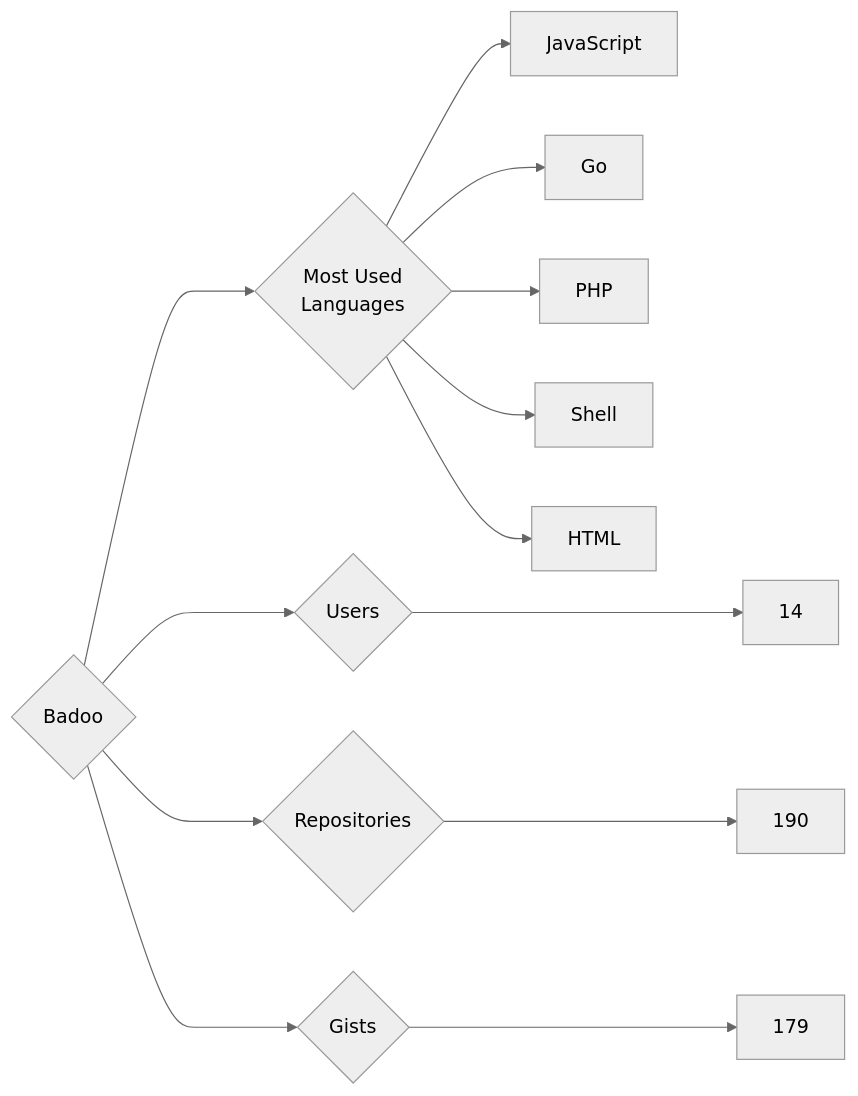
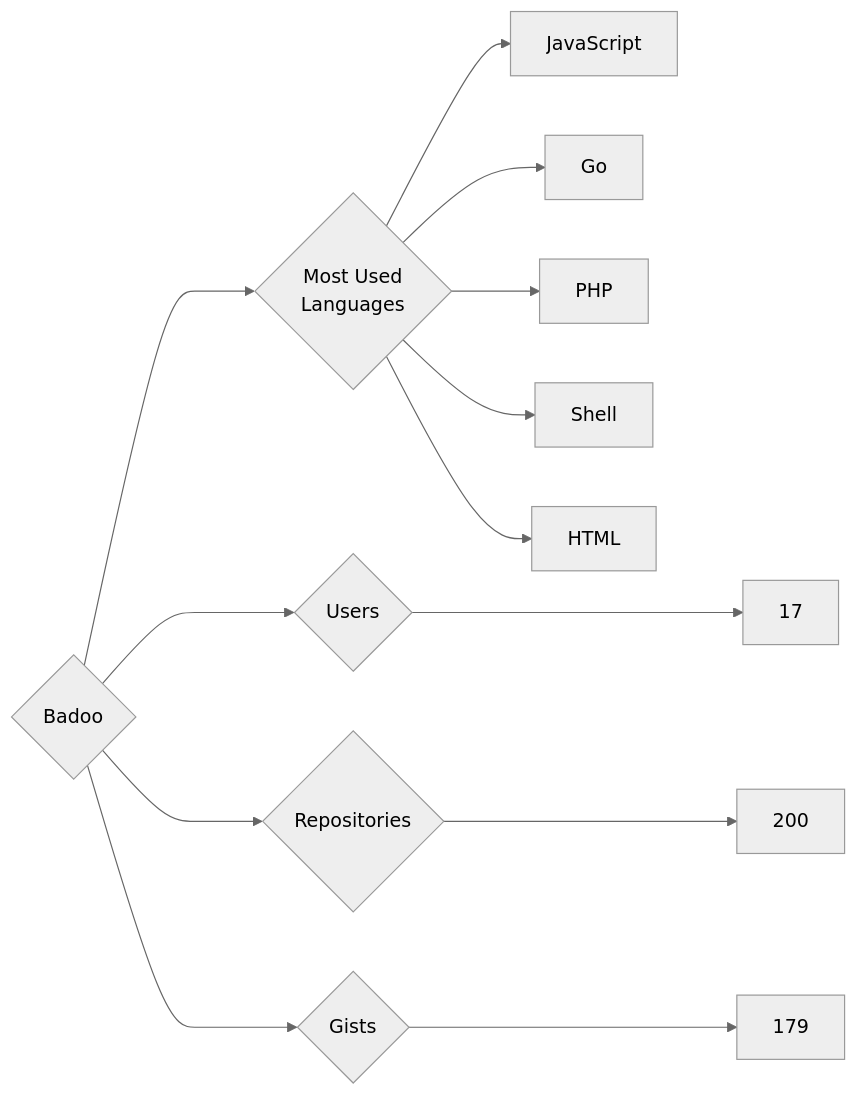
Before and after one commit to trickest/insiders: the diagram in targets/Badoo/README.md, drawn with Mermaid (neutral theme). The commit also changed 900 other files, not shown here.

````diff
--- a/targets/Badoo/README.md
+++ b/targets/Badoo/README.md
@@ -3,13 +3,13 @@
 ```mermaid
 graph LR
 COMPANY_NAME{Badoo}
-COMPANY_NAME ---> U{Users} ---> UN[14]
-COMPANY_NAME ---> R{Repositories} ---> RN[190]
+COMPANY_NAME ---> U{Users} ---> UN[17]
+COMPANY_NAME ---> R{Repositories} ---> RN[200]
 COMPANY_NAME ---> G{Gists} ---> GN[179]
 COMPANY_NAME ---> ML{Most Used<br>Languages}
 ML --> JavaScript[JavaScript]
 ML --> Go[Go]
 ML --> PHP[PHP]
 ML --> Shell[Shell]
 ML --> HTML[HTML]
 ```
````
